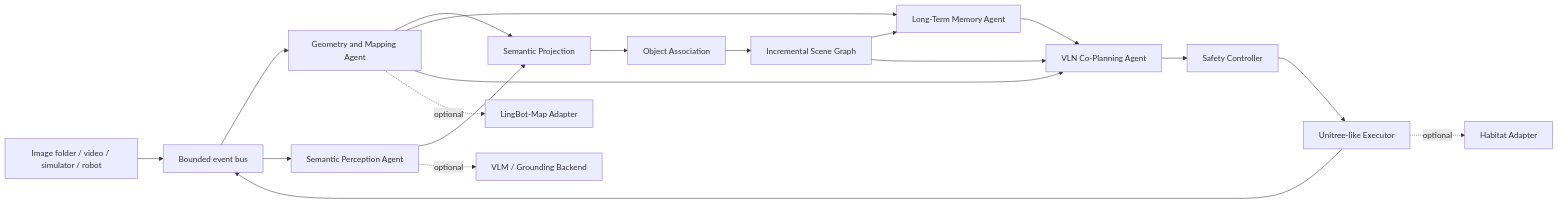
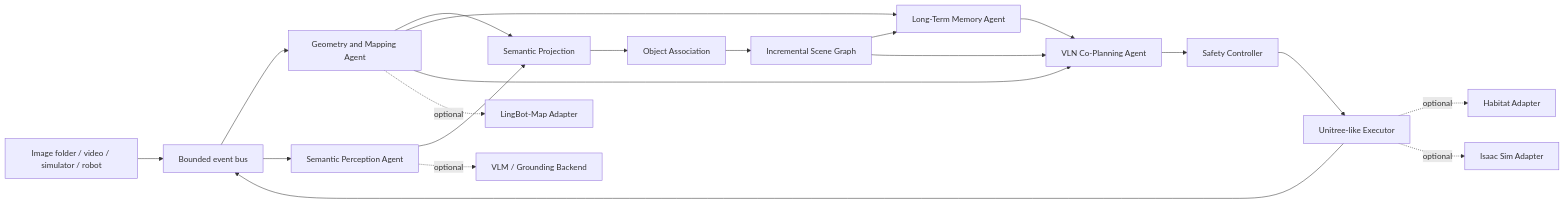
The diagram in docs/architecture.md (DobricLilujun/AgenticMemoryNav), drawn with Mermaid before and after one commit. The commit also changed other lines of this file and 70 other files, not shown here.

````diff
--- a/docs/architecture.md
+++ b/docs/architecture.md
@@ -36,21 +36,22 @@
 ```mermaid
 flowchart LR
     Sources[Image folder / video / simulator / robot] --> Bus[Bounded event bus]
     Bus --> Mapping[Geometry and Mapping Agent]
     Mapping --> Projection[Semantic Projection]
     Bus --> Perception[Semantic Perception Agent]
     Perception --> Projection
     Projection --> Association[Object Association]
     Association --> Graph[Incremental Scene Graph]
     Graph --> Memory[Long-Term Memory Agent]
     Mapping --> Memory
     Memory --> Planner[VLN Co-Planning Agent]
     Graph --> Planner
     Mapping --> Planner
     Planner --> Safety[Safety Controller]
     Safety --> Executor[Unitree-like Executor]
     Executor --> Bus
     Executor -. optional .-> Habitat[Habitat Adapter]
+    Executor -. optional .-> IsaacSim[Isaac Sim Adapter]
     Mapping -. optional .-> LingBot[LingBot-Map Adapter]
     Perception -. optional .-> VLM[VLM / Grounding Backend]
 ```
````
